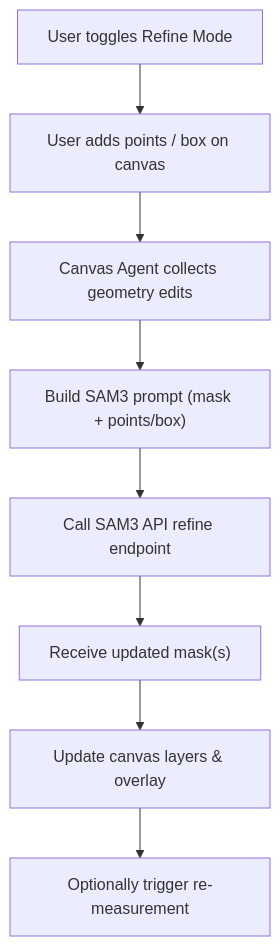
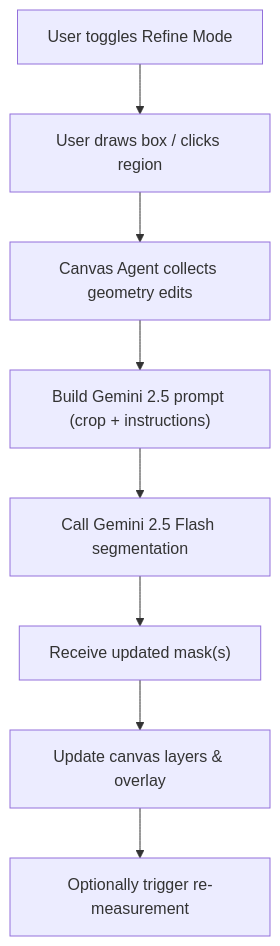
One commit to haowjy/morphiclens changed the fourth of 6 diagrams in _docs/technical/UX-user-flow.md. Above: the diagram before and after it, drawn with Mermaid. The commit also changed other lines of this file and 5 other files, not shown here.

````diff
--- a/_docs/technical/UX-user-flow.md
+++ b/_docs/technical/UX-user-flow.md
@@ -319,10 +316,10 @@
 ```mermaid
 flowchart TD
-    A[User toggles Refine Mode] --> B[User adds points / box on canvas]
+    A[User toggles Refine Mode] --> B[User draws box / clicks region]
     B --> C[Canvas Agent collects geometry edits]
-    C --> D["Build SAM3 prompt (mask + points/box)"]
-    D --> E[Call SAM3 API refine endpoint]
+    C --> D["Build Gemini 2.5 prompt (crop + instructions)"]
+    D --> E[Call Gemini 2.5 Flash segmentation]
     E --> F["Receive updated mask(s)"]
     F --> G["Update canvas layers & overlay"]
     G --> H["Optionally trigger re-measurement"]
 ```
````
